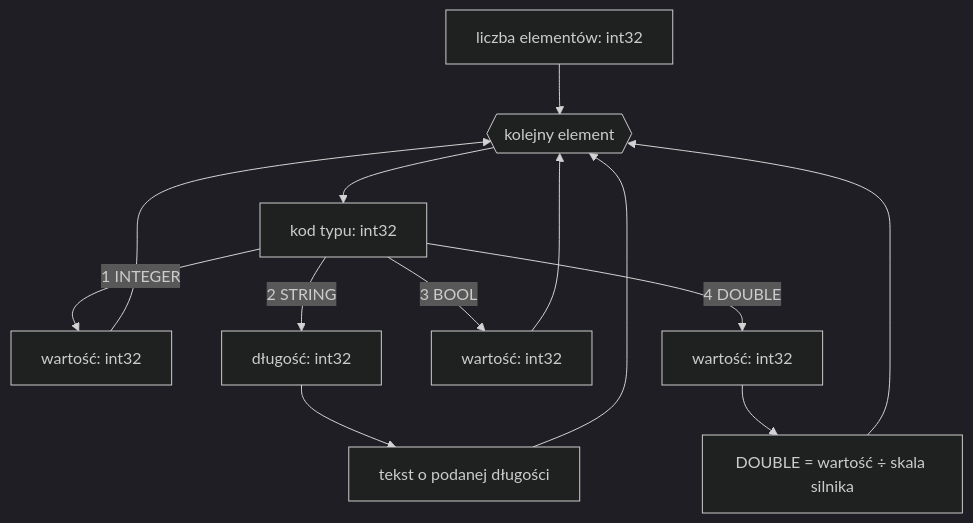
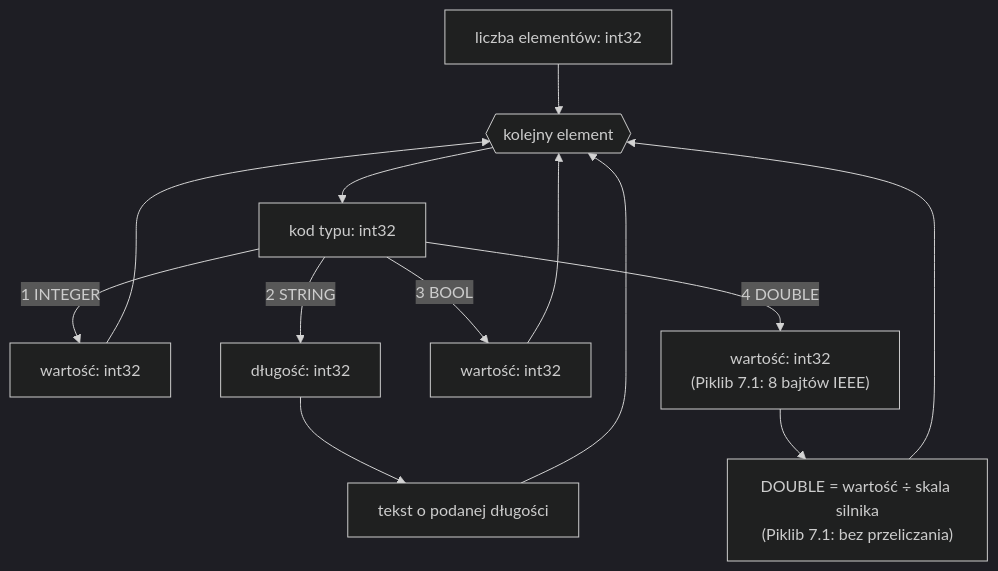
Before and after one commit to patryk025/Rex-EMoolator: the diagram in docs/pl/formats/ARR.md, drawn with Mermaid (dark theme). The commit also changed other lines of this file and 13 other files, not shown here.

````diff
--- a/docs/pl/formats/ARR.md
+++ b/docs/pl/formats/ARR.md
@@ -37,12 +49,12 @@
 ```mermaid
 flowchart TD
     A["liczba elementów: int32"] --> B{{kolejny element}}
     B --> C["kod typu: int32"]
     C -->|1 INTEGER| D["wartość: int32"]
     C -->|2 STRING| E["długość: int32"]
     E --> F["tekst o podanej długości"]
     C -->|3 BOOL| G["wartość: int32"]
-    C -->|4 DOUBLE| K["wartość: int32"]
-    K --> L["DOUBLE = wartość ÷ skala silnika"]
+    C -->|4 DOUBLE| K["wartość: int32<br/>(Piklib 7.1: 8 bajtów IEEE)"]
+    K --> L["DOUBLE = wartość ÷ skala silnika<br/>(Piklib 7.1: bez przeliczania)"]
     D & F & G & L --> B
 ```
````
